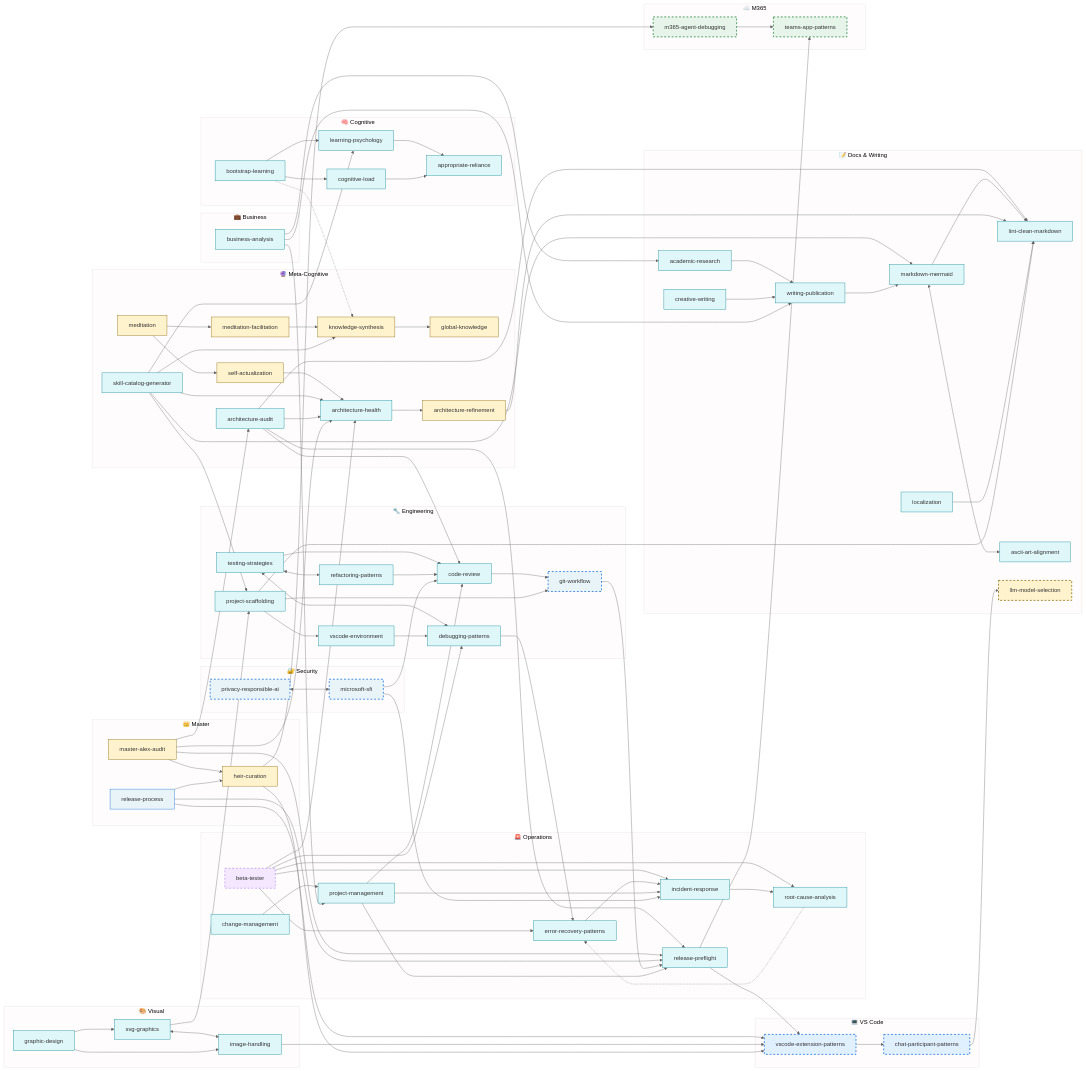
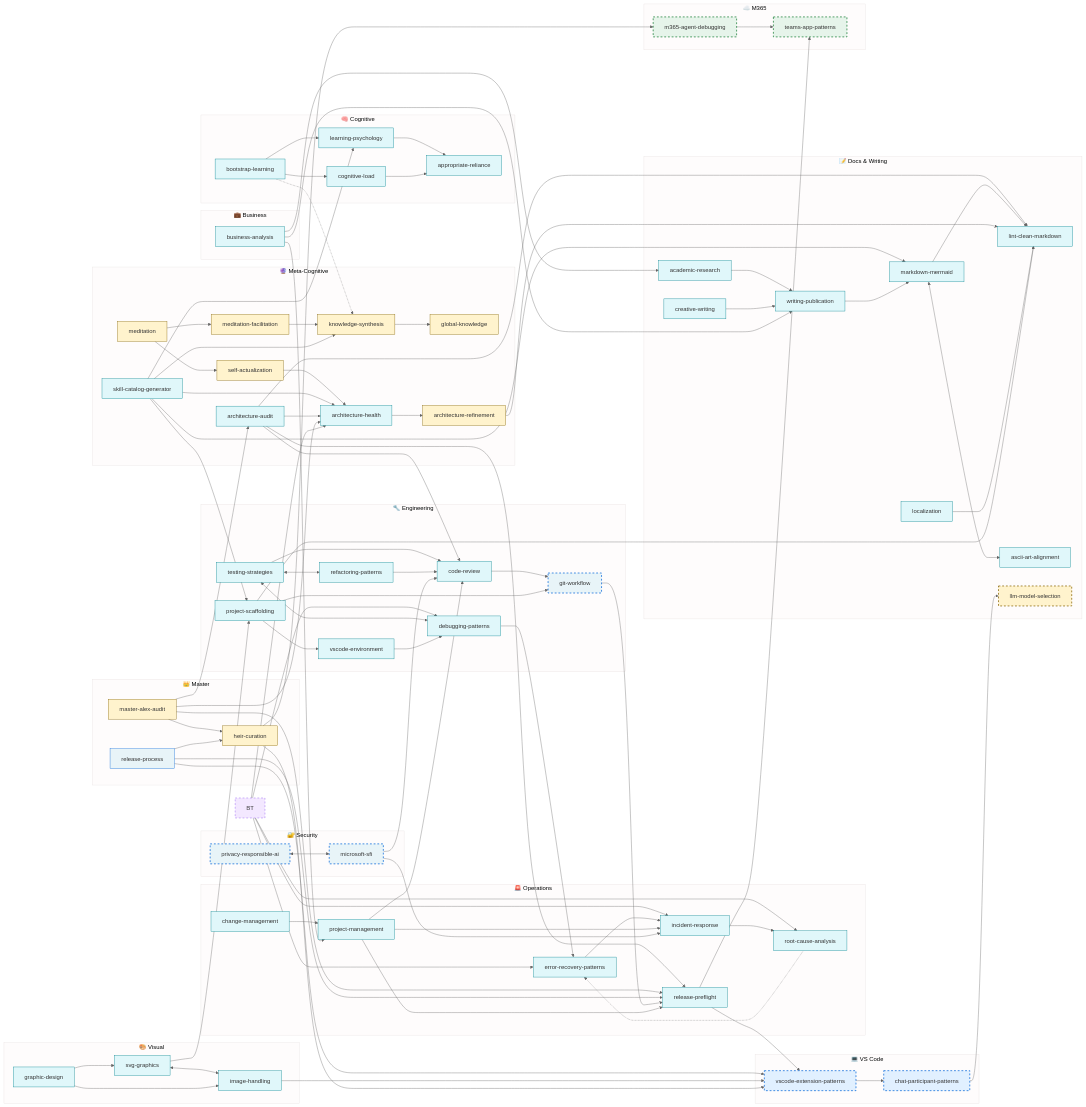
The diagram in platforms/vscode-extension/alex_docs/SKILLS-CATALOG.md (fabioc-aloha/Alex_Plug_In), drawn with Mermaid before and after one commit. The commit also changed other lines of this file and 76 other files, not shown here.

```diff
--- a/platforms/vscode-extension/alex_docs/SKILLS-CATALOG.md
+++ b/platforms/vscode-extension/alex_docs/SKILLS-CATALOG.md
@@ -208,7 +214,6 @@
         RCA[root-cause-analysis]
         IR[incident-response]
         RF[release-preflight]
-        BT[beta-tester]
         CM[change-management]
         PM[project-management]
     end
```
